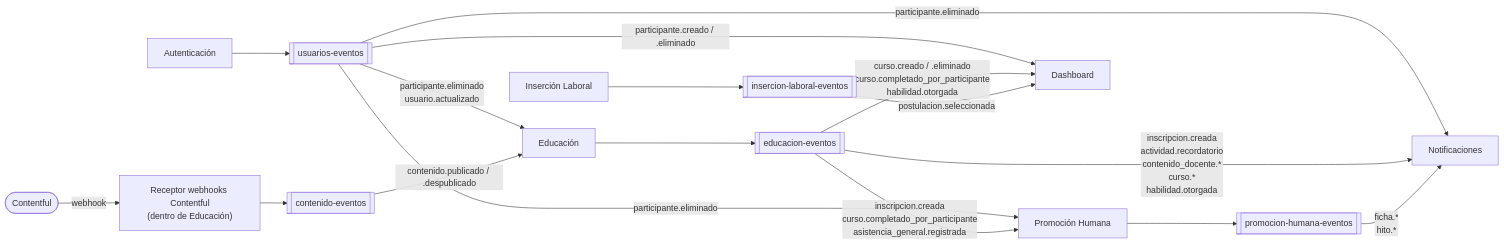
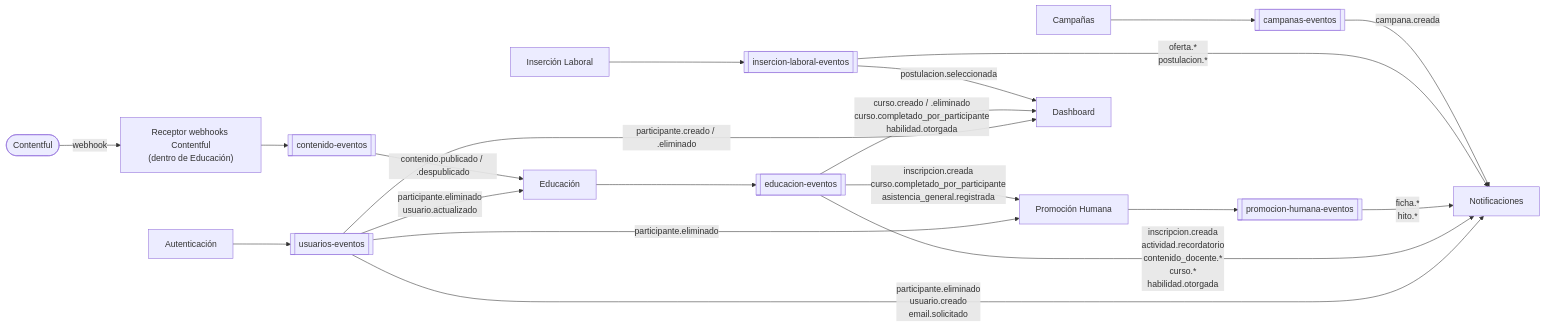
Before and after one commit to leomorabito02/Sistema-informatico-Buen-Vivir: the diagram in docs/eventos/README.md, drawn with Mermaid. The commit also changed other lines of this file and 2 other files, not shown here.

Commit message:
docs: add ADR for full notification migration to Pub/Sub and update event architecture documentation

````diff
--- a/docs/eventos/README.md
+++ b/docs/eventos/README.md
@@ -23,35 +23,40 @@
 ```mermaid
 flowchart LR
     AUTH["Autenticación"]
     LAB["Inserción Laboral"]
+    CAMP["Campañas"]
     EDU["Educación"]
     WH["Receptor webhooks Contentful<br/>(dentro de Educación)"]
     PH["Promoción Humana"]
     CF(["Contentful"])
 
     T_US[["usuarios-eventos"]]
     T_ED[["educacion-eventos"]]
     T_PH[["promocion-humana-eventos"]]
     T_CO[["contenido-eventos"]]
     T_IL[["insercion-laboral-eventos"]]
+    T_CA[["campanas-eventos"]]
 
     DASH["Dashboard"]
     NOTIF["Notificaciones"]
 
     AUTH --> T_US
     LAB --> T_IL
+    CAMP --> T_CA
     EDU --> T_ED
     CF -- webhook --> WH --> T_CO
     PH --> T_PH
 
     T_US -- participante.eliminado<br/>usuario.actualizado --> EDU
     T_US -- participante.eliminado --> PH
     T_US -- participante.creado / .eliminado --> DASH
-    T_US -- participante.eliminado --> NOTIF
+    T_US -- participante.eliminado<br/>usuario.creado<br/>email.solicitado --> NOTIF
     T_CO -- contenido.publicado / .despublicado --> EDU
     T_ED -- inscripcion.creada<br/>curso.completado_por_participante<br/>asistencia_general.registrada --> PH
     T_ED -- curso.creado / .eliminado<br/>curso.completado_por_participante<br/>habilidad.otorgada --> DASH
     T_ED -- inscripcion.creada<br/>actividad.recordatorio<br/>contenido_docente.*<br/>curso.*<br/>habilidad.otorgada --> NOTIF
     T_PH -- ficha.*<br/>hito.* --> NOTIF
     T_IL -- postulacion.seleccionada --> DASH
+    T_IL -- oferta.*<br/>postulacion.* --> NOTIF
+    T_CA -- campana.creada --> NOTIF
 ```
````
